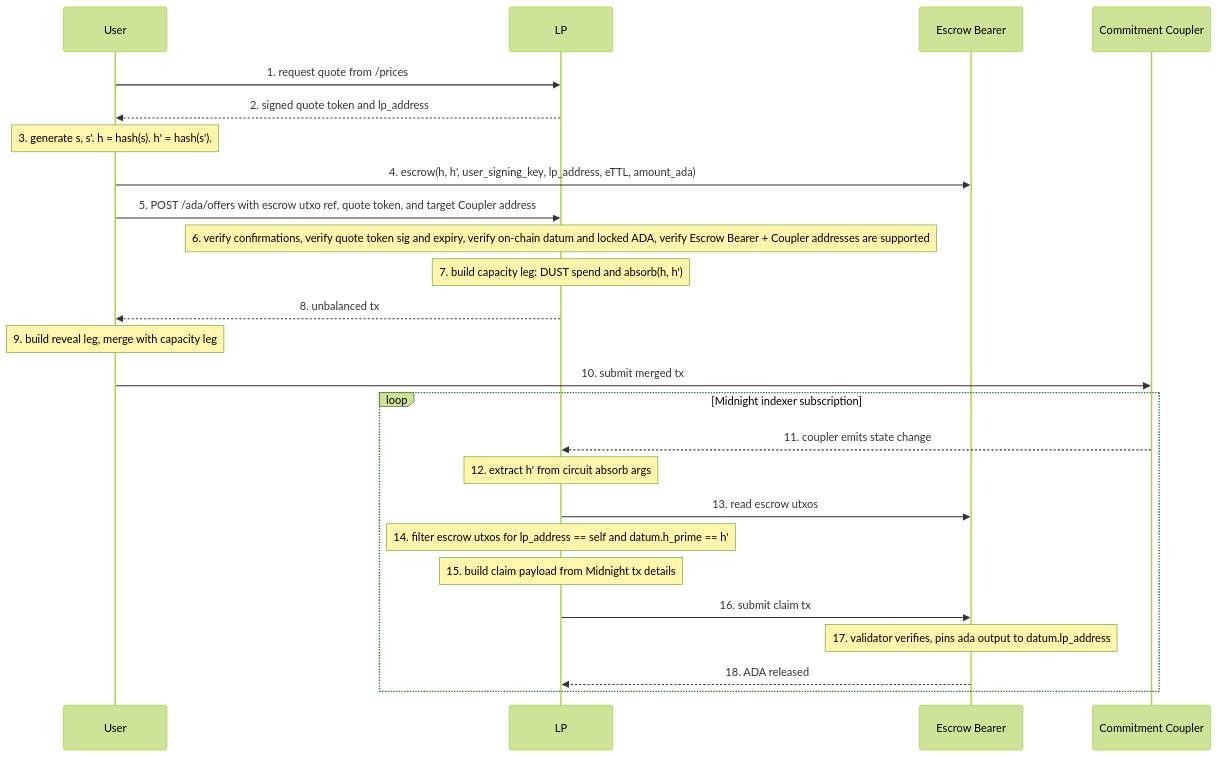
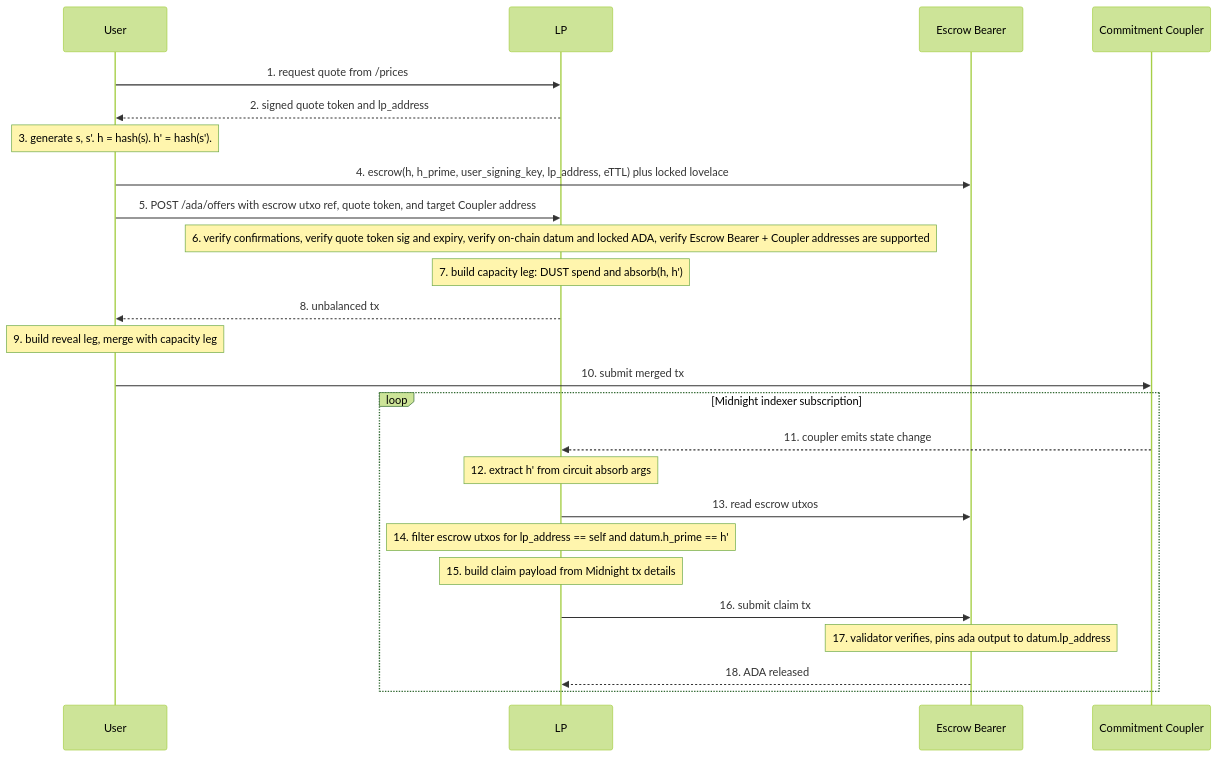
The second of 3 diagrams in packages/bridgeless-claim/docs/OVERVIEW.md (SundaeSwap-finance/capacity-exchange), drawn with Mermaid (forest theme) before and after one commit. The commit also changed other lines of this file and 3 other files, not shown here.

````diff
--- a/packages/bridgeless-claim/docs/OVERVIEW.md
+++ b/packages/bridgeless-claim/docs/OVERVIEW.md
@@ -73,29 +73,29 @@
 ```mermaid
 sequenceDiagram
     participant User
     participant LP
     participant Escrow Bearer
     participant Commitment Coupler
 
     User->>LP: 1. request quote from /prices
     LP-->>User: 2. signed quote token and lp_address
     Note over User: 3. generate s, s'. h = hash(s). h' = hash(s').
-    User->>Escrow Bearer: 4. escrow(h, h', user_signing_key, lp_address, eTTL, amount_ada)
+    User->>Escrow Bearer: 4. escrow(h, h_prime, user_signing_key, lp_address, eTTL) plus locked lovelace
     User->>LP: 5. POST /ada/offers with escrow utxo ref, quote token, and target Coupler address
     Note over LP: 6. verify confirmations, verify quote token sig and expiry, verify on-chain datum and locked ADA, verify Escrow Bearer + Coupler addresses are supported
     Note over LP: 7. build capacity leg: DUST spend and absorb(h, h')
     LP-->>User: 8. unbalanced tx
     Note over User: 9. build reveal leg, merge with capacity leg
     User->>Commitment Coupler: 10. submit merged tx
 
     loop Midnight indexer subscription
         Commitment Coupler-->>LP: 11. coupler emits state change
         Note over LP: 12. extract h' from circuit absorb args
         LP->>Escrow Bearer: 13. read escrow utxos
         Note over LP: 14. filter escrow utxos for lp_address == self and datum.h_prime == h'
         Note over LP: 15. build claim payload from Midnight tx details
         LP->>Escrow Bearer: 16. submit claim tx
         Note over Escrow Bearer: 17. validator verifies, pins ada output to datum.lp_address
         Escrow Bearer-->>LP: 18. ADA released
     end
 ```
````
